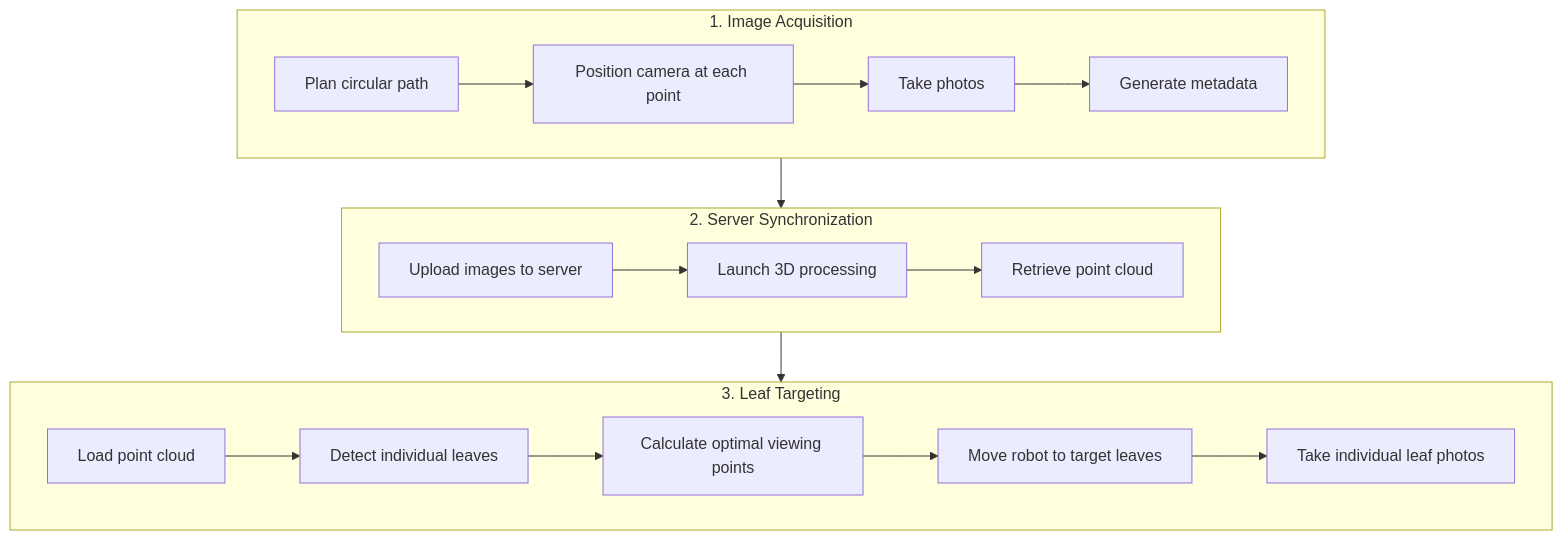
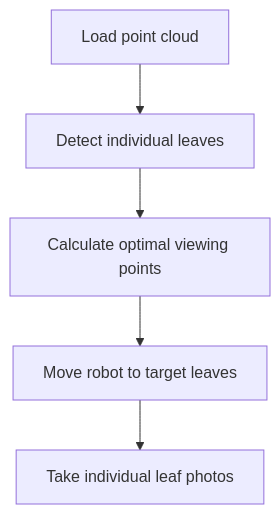
The fifth of 5 diagrams in doc/architecture.md (SonyCSLParis/Plant3DImager), drawn with Mermaid before and after one commit. The commit also changed other lines of this file, not shown here.

````diff
--- a/doc/architecture.md
+++ b/doc/architecture.md
@@ -158,29 +69,7 @@
 ```mermaid
-flowchart TD
-    subgraph Acquisition["1. Image Acquisition"]
-        A1["Plan circular path"]
-        A2["Position camera at each point"]
-        A3["Take photos"]
-        A4["Generate metadata"]
-        A1 --> A2 --> A3 --> A4
-    end
-    
-    subgraph Sync["2. Server Synchronization"]
-        S1["Upload images to server"]
-        S2["Launch 3D processing"]
-        S3["Retrieve point cloud"]
-        S1 --> S2 --> S3
-    end
-    
-    subgraph Targeting["3. Leaf Targeting"]
-        T1["Load point cloud"]
-        T2["Detect individual leaves"]
-        T3["Calculate optimal viewing points"]
-        T4["Move robot to target leaves"]
-        T5["Take individual leaf photos"]
-        T1 --> T2 --> T3 --> T4 --> T5
-    end
-    
-    Acquisition --> Sync
-    Sync --> Targeting
+graph TD
+    T1[Load point cloud] --> T2[Detect individual leaves]
+    T2 --> T3[Calculate optimal viewing points]
+    T3 --> T4[Move robot to target leaves]
+    T4 --> T5[Take individual leaf photos]
 ```
````
